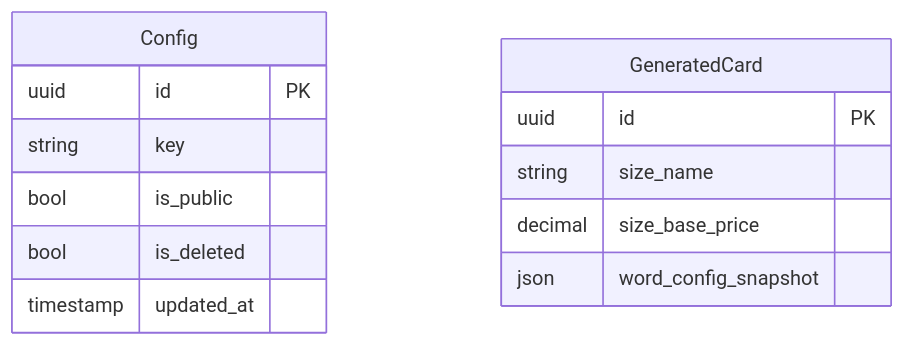
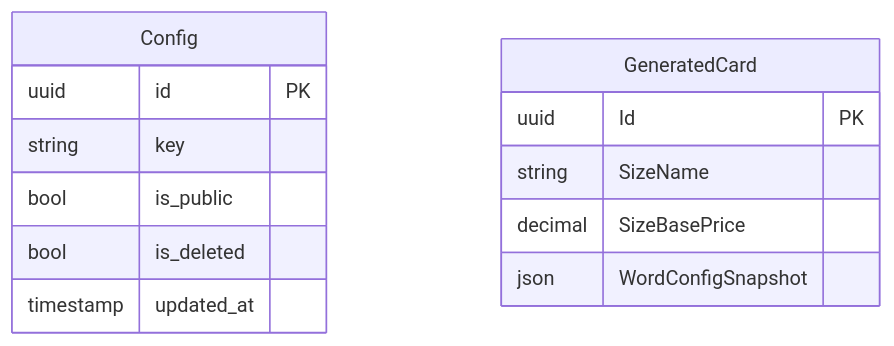
The fifth of 5 diagrams in HoaTheoMua.Repository/docs/tdd/TDD-011/TDD-011-xoa-card-config.md (TaskCoper/hoatheomua-be), drawn with Mermaid before and after one commit. The commit also changed other lines of this file and 499 other files, not shown here.

````diff
--- a/HoaTheoMua.Repository/docs/tdd/TDD-011/TDD-011-xoa-card-config.md
+++ b/HoaTheoMua.Repository/docs/tdd/TDD-011/TDD-011-xoa-card-config.md
@@ -135,16 +135,16 @@
 ```mermaid
 erDiagram
     Config {
         uuid id PK
         string key
         bool is_public
         bool is_deleted
         timestamp updated_at
     }
     GeneratedCard {
-        uuid id PK
-        string size_name
-        decimal size_base_price
-        json word_config_snapshot
+        uuid Id PK
+        string SizeName
+        decimal SizeBasePrice
+        json WordConfigSnapshot
     }
 ```
````
